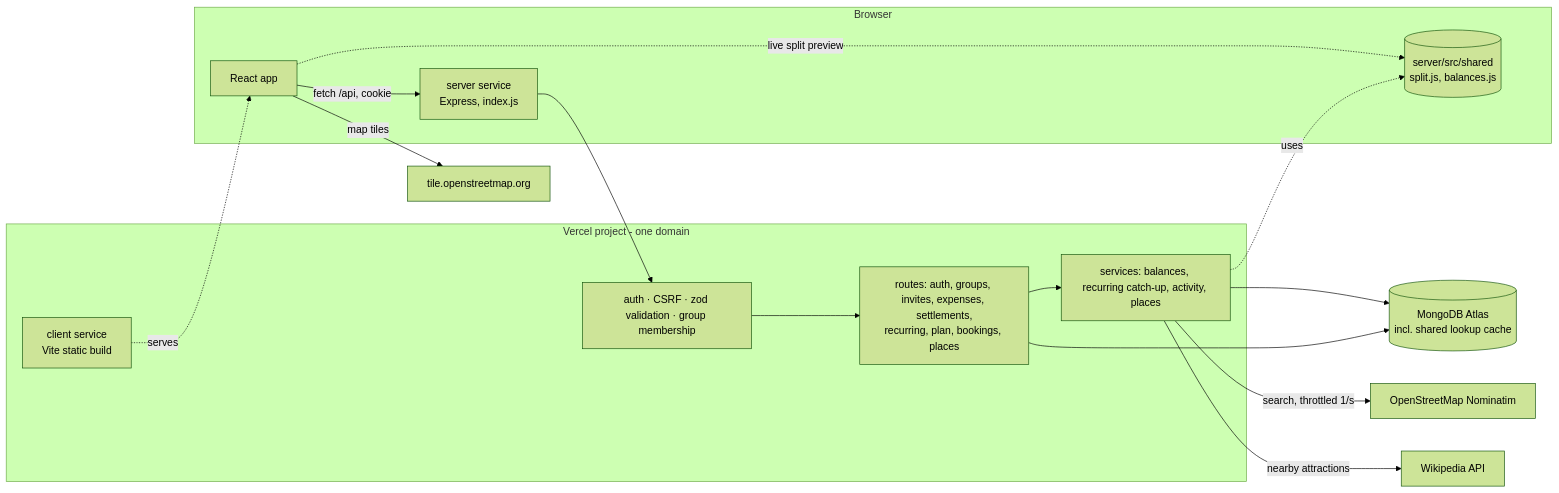
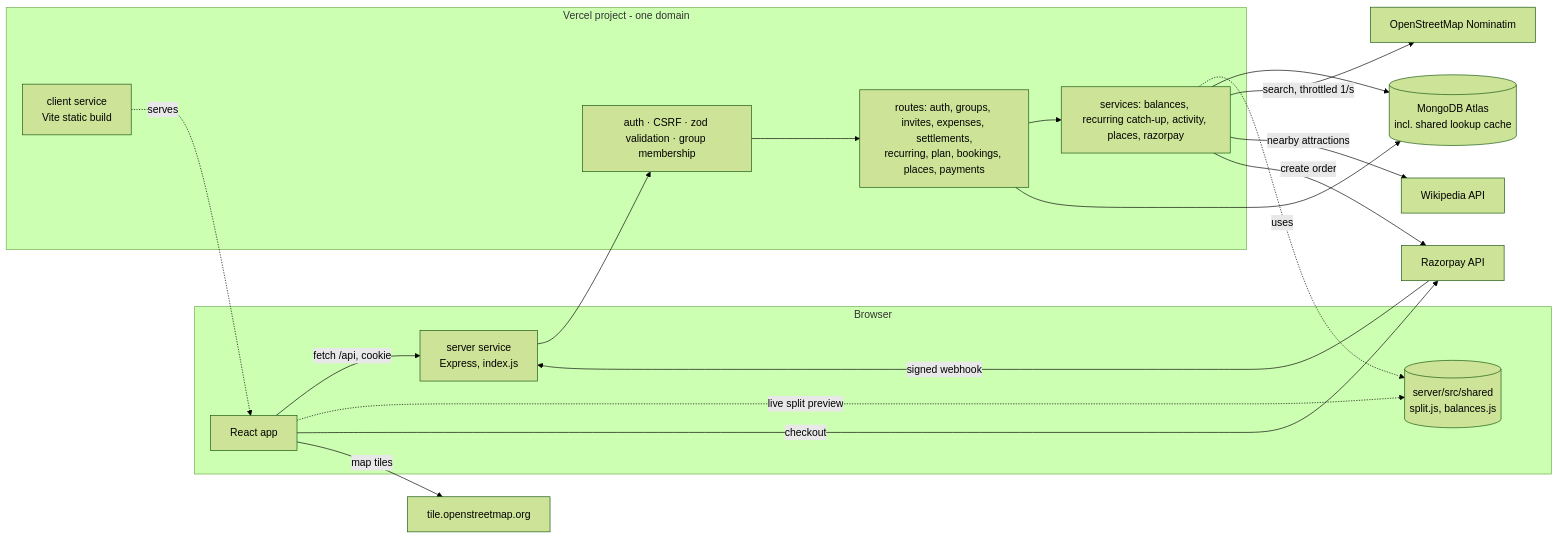
One commit to sanjyotbodhe/hisaab changed the diagram in README.md. Above: the diagram before and after it, drawn with Mermaid (forest theme). The commit also changed other lines of this file and 2 other files, not shown here.

First line of the commit message:
Document Razorpay payments: setup, env vars, design and limits

````diff
--- a/README.md
+++ b/README.md
@@ -65,19 +68,22 @@
 ```mermaid
 flowchart LR
   subgraph Browser
     UI[React app] -->|fetch /api, cookie| API
     UI -. live split preview .-> SH[(server/src/shared<br/>split.js, balances.js)]
   end
   subgraph Vercel project - one domain
     CL[client service<br/>Vite static build] -.serves.-> UI
     API[server service<br/>Express, index.js] --> MW[auth · CSRF · zod validation · group membership]
-    MW --> R[routes: auth, groups, invites, expenses, settlements,<br/>recurring, plan, bookings, places]
-    R --> S[services: balances, recurring catch-up, activity, places]
+    MW --> R[routes: auth, groups, invites, expenses, settlements,<br/>recurring, plan, bookings, places, payments]
+    R --> S[services: balances, recurring catch-up, activity, places, razorpay]
     S -.uses.-> SH
   end
   S --> DB[(MongoDB Atlas<br/>incl. shared lookup cache)]
   R --> DB
   S -->|search, throttled 1/s| OSM[OpenStreetMap Nominatim]
   S -->|nearby attractions| WIKI[Wikipedia API]
+  S -->|create order| RZP[Razorpay API]
+  UI -->|checkout| RZP
+  RZP -->|signed webhook| API
   UI -->|map tiles| TILES[tile.openstreetmap.org]
 ```
````
